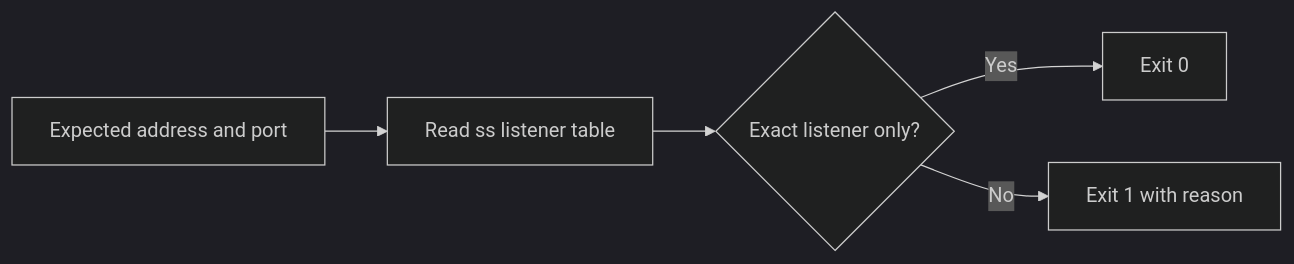
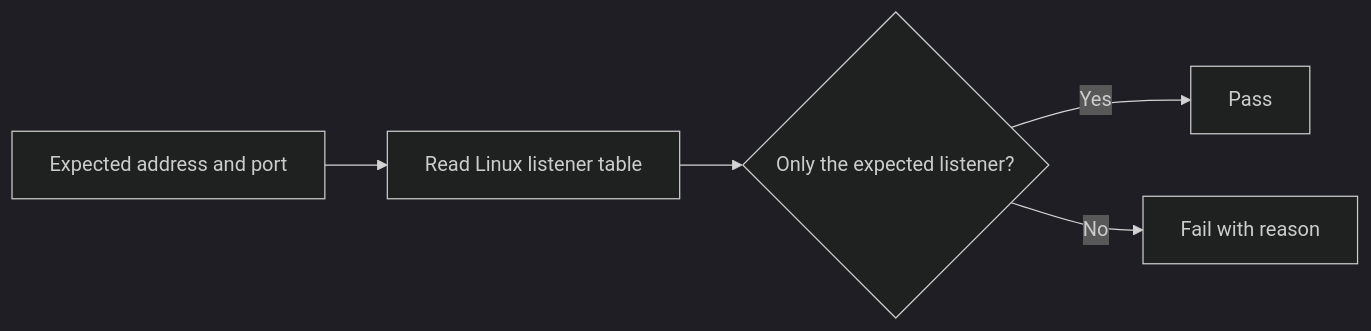
One commit to zakazsta/bind-address-healthcheck changed the diagram in README.md. Above: the diagram before and after it, drawn with Mermaid (dark theme). The commit also changed other lines of this file and 4 other files, not shown here.

````diff
--- a/README.md
+++ b/README.md
@@ -29,7 +60,7 @@
 ```mermaid
 flowchart LR
-    A[Expected address and port] --> B[Read ss listener table]
-    B --> C{Exact listener only?}
-    C -->|Yes| D[Exit 0]
-    C -->|No| E[Exit 1 with reason]
+    A[Expected address and port] --> B[Read Linux listener table]
+    B --> C{Only the expected listener?}
+    C -->|Yes| D[Pass]
+    C -->|No| E[Fail with reason]
 ```
````
